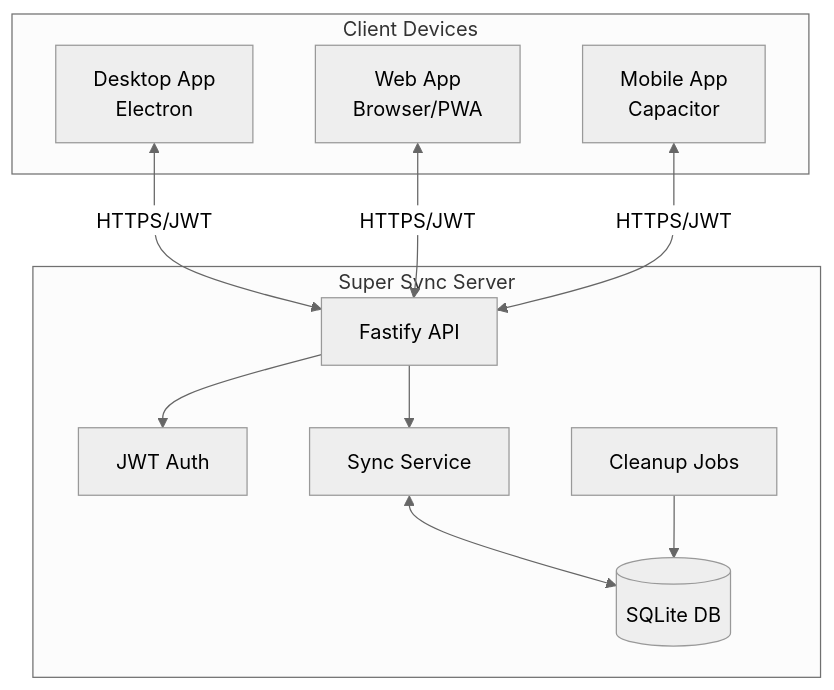
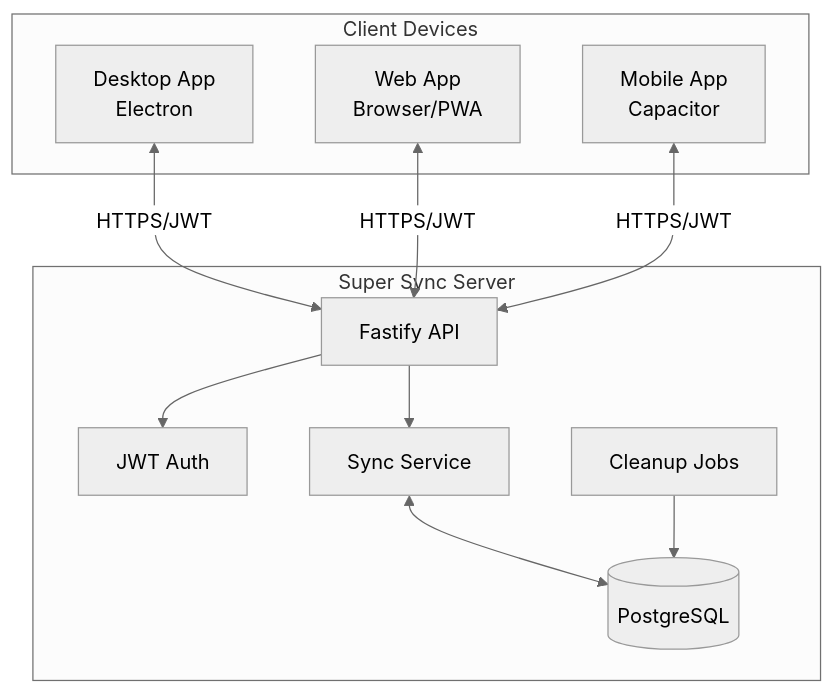
One commit to johannesjo/super-productivity changed the first of 29 diagrams in packages/super-sync-server/sync-server-architecture-diagrams.md. Above: the diagram before and after it, drawn with Mermaid (neutral theme). The commit also changed other lines of this file, not shown here.

First line of the commit message:
docs(sync): fix SQLite references to PostgreSQL in architecture diagrams

````diff
--- a/packages/super-sync-server/sync-server-architecture-diagrams.md
+++ b/packages/super-sync-server/sync-server-architecture-diagrams.md
@@ -11,25 +11,25 @@
 ```mermaid
 flowchart TB
     subgraph Clients["Client Devices"]
         C1[Desktop App<br/>Electron]
         C2[Web App<br/>Browser/PWA]
         C3[Mobile App<br/>Capacitor]
     end
 
     subgraph Server["Super Sync Server"]
         API[Fastify API]
         Auth[JWT Auth]
         Sync[Sync Service]
-        DB[(SQLite DB)]
+        DB[(PostgreSQL)]
         Jobs[Cleanup Jobs]
     end
 
     C1 <-->|HTTPS/JWT| API
     C2 <-->|HTTPS/JWT| API
     C3 <-->|HTTPS/JWT| API
 
     API --> Auth
     API --> Sync
     Sync <--> DB
     Jobs --> DB
 ```
````
